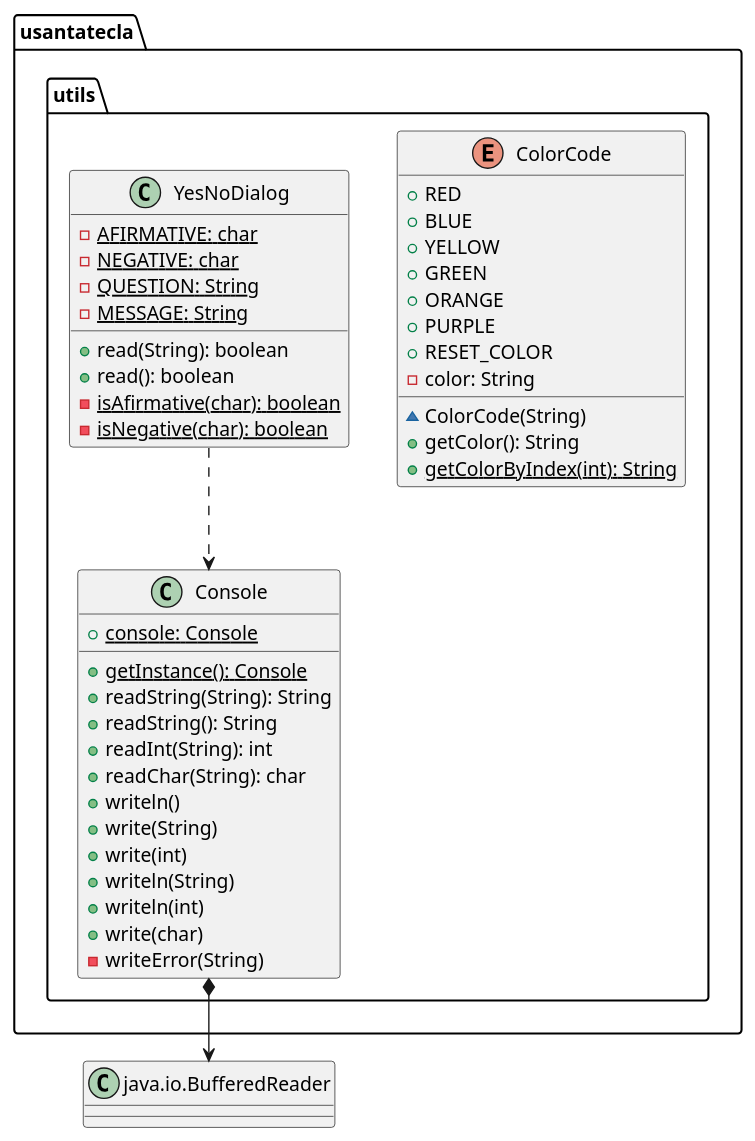
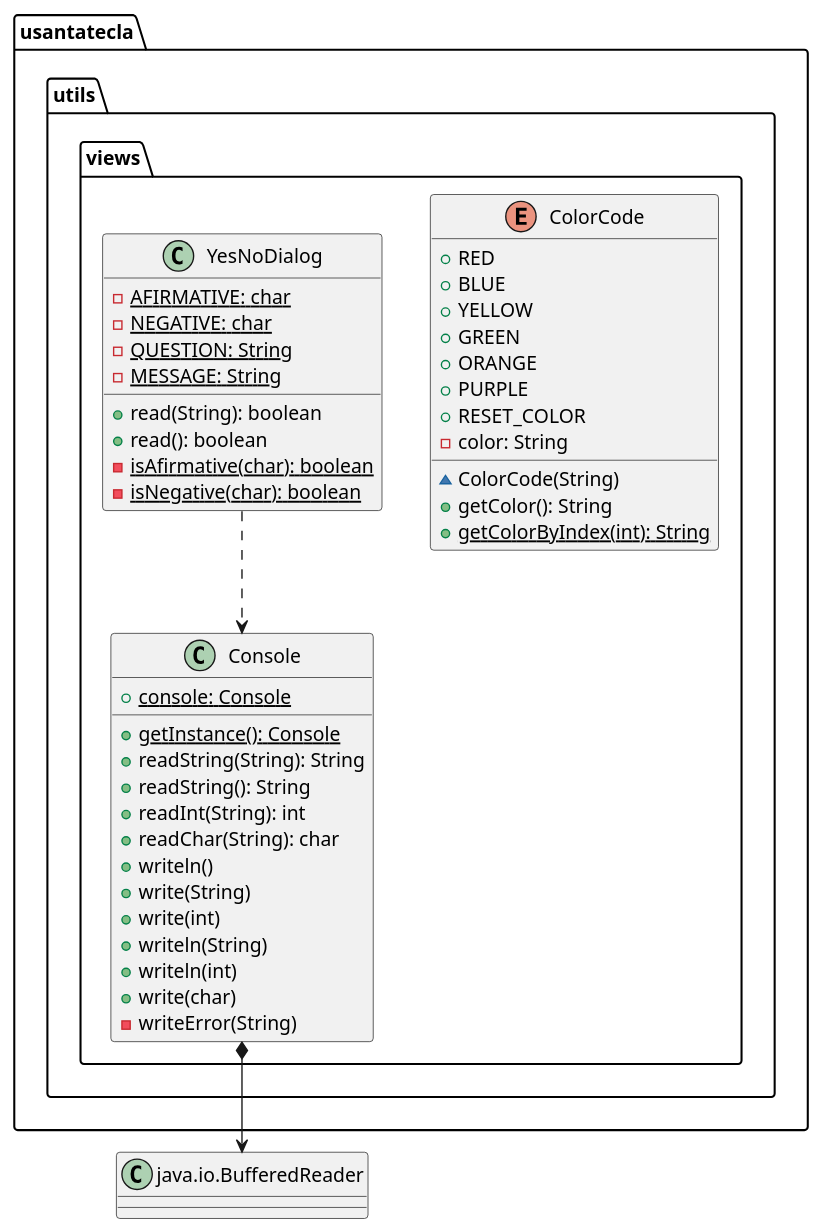
One commit to SantaTecla-mastermind/solution.java.swing.socket.sql changed the fifth of 5 diagrams in documentView/console/docs/diagrams/src/paquetes.plantuml. Above: the diagram before and after it, drawn with PlantUML. The commit also changed 68 other files, not shown here.

```diff
--- a/documentView/console/docs/diagrams/src/paquetes.plantuml
+++ b/documentView/console/docs/diagrams/src/paquetes.plantuml
@@ -218,46 +218,46 @@
 @startuml usantatecla.utils
 class BufferedReader as "java.io.BufferedReader"
 
-enum usantatecla.utils.ColorCode {
+enum usantatecla.utils.views.ColorCode {
     + RED
     + BLUE
     + YELLOW
     + GREEN
     + ORANGE
     + PURPLE
     + RESET_COLOR
     - color: String
     ~ ColorCode(String)
     + getColor(): String
     + {static} getColorByIndex(int): String
 }
 
-class usantatecla.utils.Console {
+class usantatecla.utils.views.Console {
     + {static} console: Console
     + {static} getInstance(): Console
     + readString(String): String
     + readString(): String
     + readInt(String): int
     + readChar(String): char
     + writeln()
     + write(String)
     + write(int)
     + writeln(String)
     + writeln(int)
     + write(char)
     - writeError(String)
 }
-usantatecla.utils.Console *-down-> BufferedReader
+usantatecla.utils.views.Console *-down-> BufferedReader
 
-class usantatecla.utils.YesNoDialog {
+class usantatecla.utils.views.YesNoDialog {
     - {static} AFIRMATIVE: char
     - {static} NEGATIVE: char
     - {static} QUESTION: String
     - {static} MESSAGE: String
     + read(String): boolean
     + read(): boolean
     - {static} isAfirmative(char): boolean
     - {static} isNegative(char): boolean
 }
-usantatecla.utils.YesNoDialog ..> usantatecla.utils.Console
+usantatecla.utils.views.YesNoDialog ..> usantatecla.utils.views.Console
 @enduml
```
